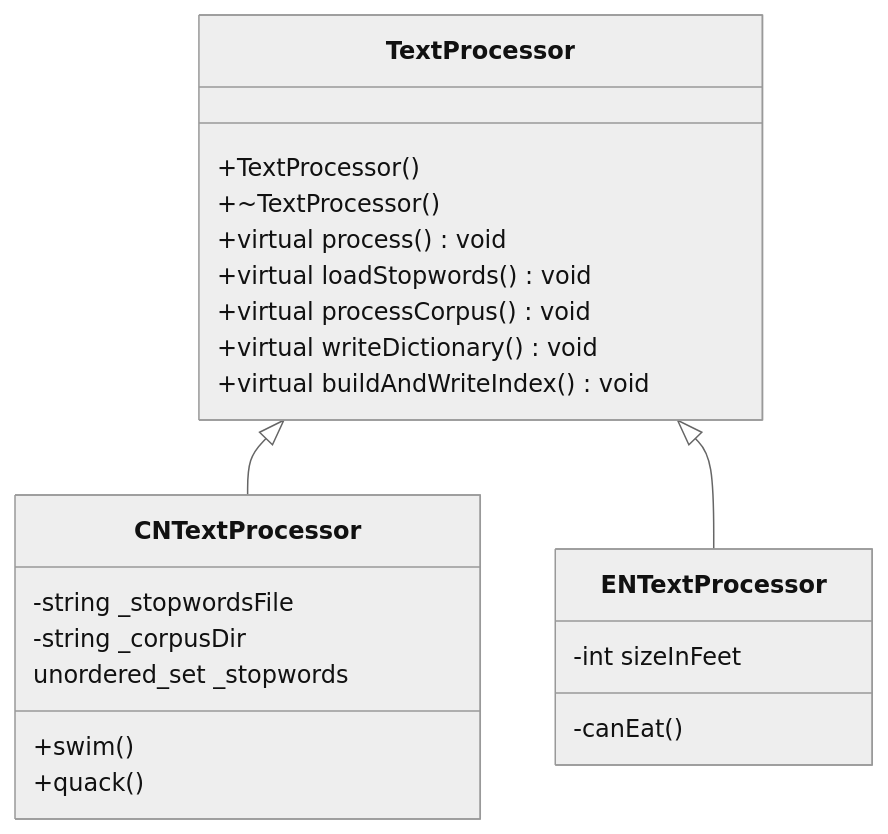
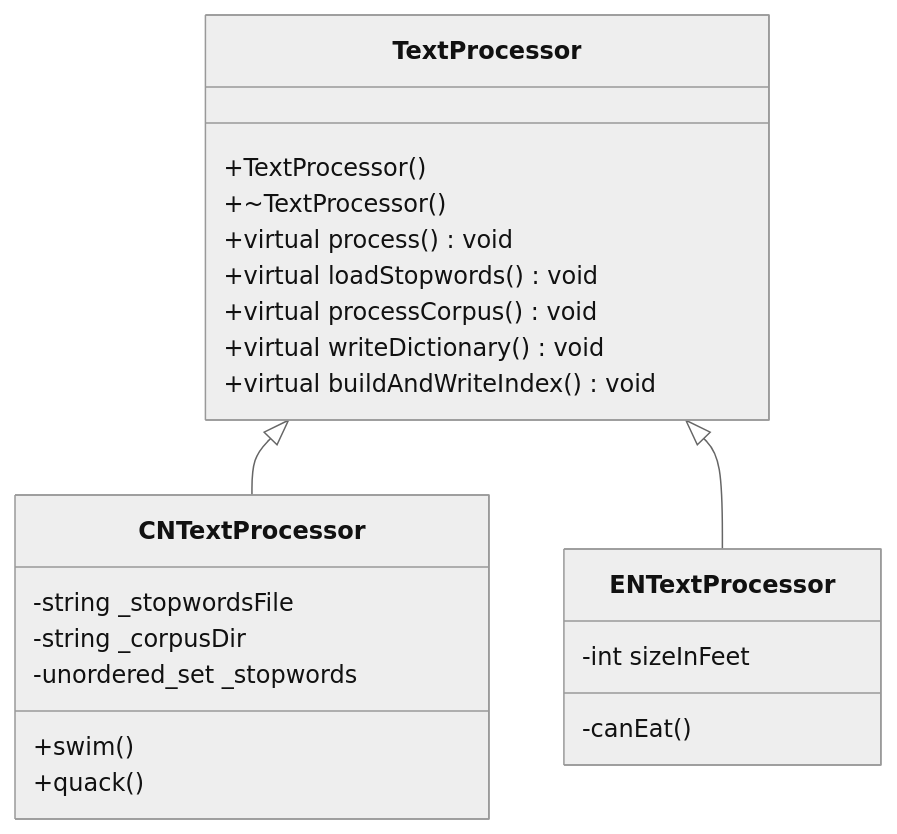
The diagram in all/未命名-1.md (Jason-DancingBoy/iodraw-files), drawn with Mermaid (neutral theme) before and after one commit.

Commit message:
2026-01-02 21:06:28 update

````diff
--- a/all/未命名-1.md
+++ b/all/未命名-1.md
@@ -1,27 +1,28 @@
 ```mermaid
 classDiagram
     TextProcessor <|-- CNTextProcessor
     TextProcessor <|-- ENTextProcessor
     TextProcessor: +TextProcessor()
     TextProcessor: +~TextProcessor()
     TextProcessor: +virtual process() void
     TextProcessor: +virtual loadStopwords() void 
     TextProcessor: +virtual processCorpus() void
     TextProcessor: +virtual writeDictionary() void
     TextProcessor: +virtual buildAndWriteIndex() void
     class CNTextProcessor{
       -string _stopwordsFile
       -string _corpusDir
-      unordered_set<string> _stopwords
+      -unordered_set<string> _stopwords
+      
       +swim()
       +quack()
     }
     class ENTextProcessor{
       -int sizeInFeet
       -canEat()
     }
     %%  string _stopwordsFile; // 存放停用词文件名
     %%  string _corpusDir; // 存放语料库目录
     %%  unordered_set<string> _stopwords; // 用来存放停用词
     %%  map<string, int> _wordFreq;
 ```
````
